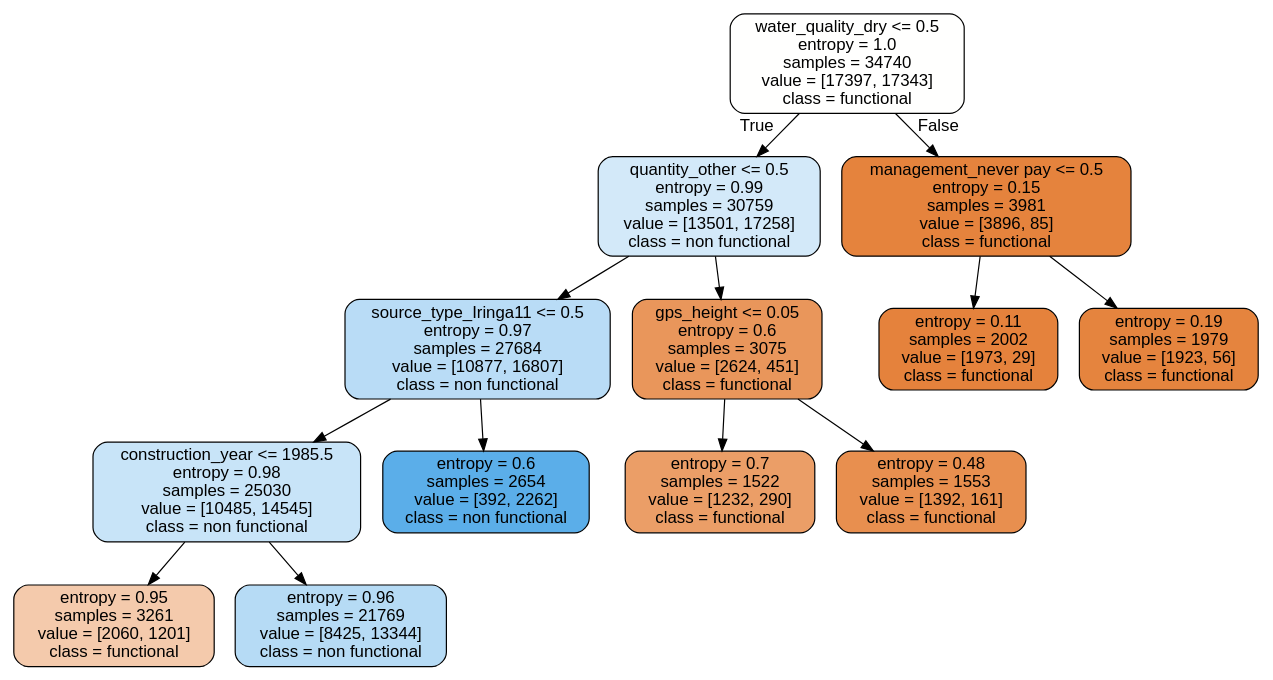
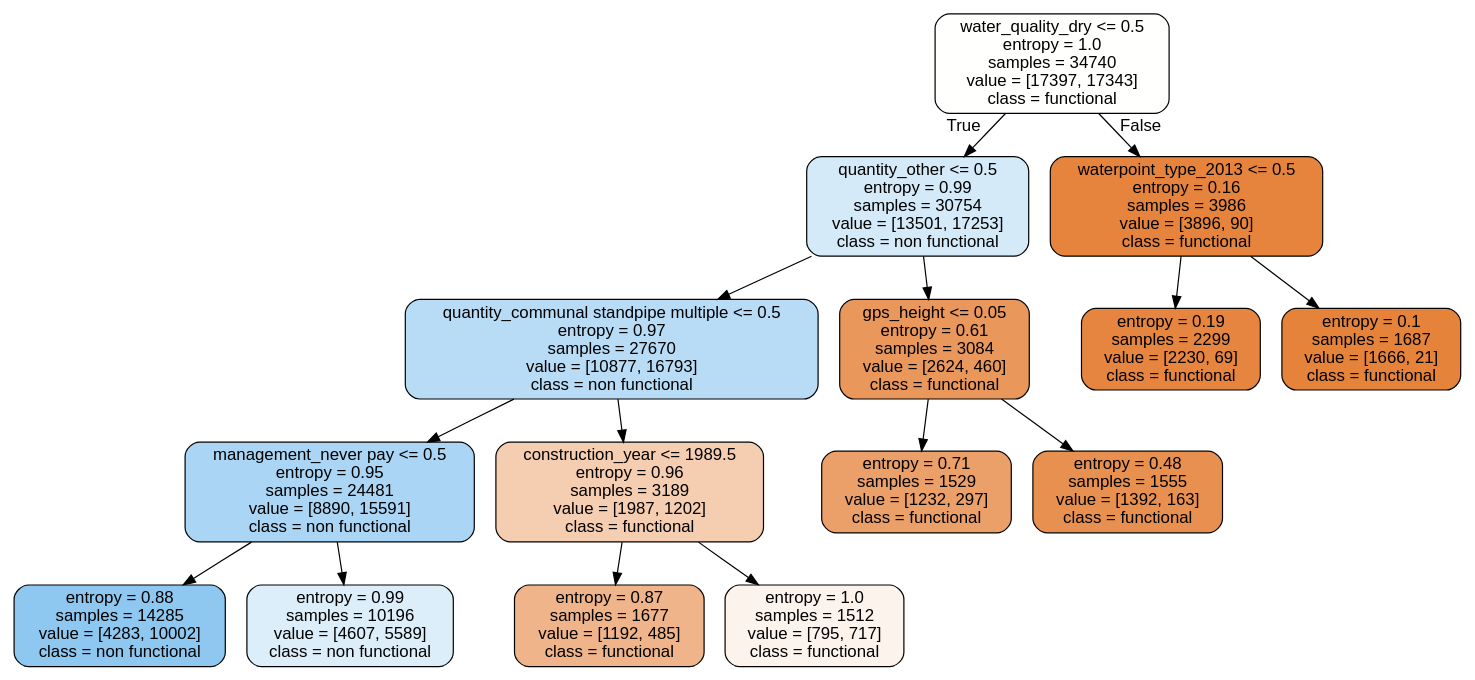
The diagram in tree.dot (Silkways/Tanzania-Water-Project), drawn with Graphviz before and after one commit. The commit also changed 56 other files, not shown here.

```diff
--- a/tree.dot
+++ b/tree.dot
@@ -1,29 +1,33 @@
 digraph Tree {
 node [shape=box, style="filled, rounded", color="black", fontname=helvetica] ;
 edge [fontname=helvetica] ;
-0 [label="water_quality_dry <= 0.5\nentropy = 1.0\nsamples = 34740\nvalue = [17397, 17343]\nclass = functional", fillcolor="#e5813901"] ;
-1 [label="quantity_other <= 0.5\nentropy = 0.99\nsamples = 30759\nvalue = [13501, 17258]\nclass = non functional", fillcolor="#399de538"] ;
+0 [label="water_quality_dry <= 0.5\nentropy = 1.0\nsamples = 34740\nvalue = [17397, 17343]\nclass = functional", fillcolor="#fffffe"] ;
+1 [label="quantity_other <= 0.5\nentropy = 0.99\nsamples = 30754\nvalue = [13501, 17253]\nclass = non functional", fillcolor="#d4eaf9"] ;
 0 -> 1 [labeldistance=2.5, labelangle=45, headlabel="True"] ;
-2 [label="source_type_Iringa11 <= 0.5\nentropy = 0.97\nsamples = 27684\nvalue = [10877, 16807]\nclass = non functional", fillcolor="#399de55a"] ;
+2 [label="quantity_communal standpipe multiple <= 0.5\nentropy = 0.97\nsamples = 27670\nvalue = [10877, 16793]\nclass = non functional", fillcolor="#b9dcf6"] ;
 1 -> 2 ;
-3 [label="construction_year <= 1985.5\nentropy = 0.98\nsamples = 25030\nvalue = [10485, 14545]\nclass = non functional", fillcolor="#399de547"] ;
+3 [label="management_never pay <= 0.5\nentropy = 0.95\nsamples = 24481\nvalue = [8890, 15591]\nclass = non functional", fillcolor="#aad5f4"] ;
 2 -> 3 ;
-4 [label="entropy = 0.95\nsamples = 3261\nvalue = [2060, 1201]\nclass = functional", fillcolor="#e581396a"] ;
+4 [label="entropy = 0.88\nsamples = 14285\nvalue = [4283, 10002]\nclass = non functional", fillcolor="#8ec7f0"] ;
 3 -> 4 ;
-5 [label="entropy = 0.96\nsamples = 21769\nvalue = [8425, 13344]\nclass = non functional", fillcolor="#399de55e"] ;
+5 [label="entropy = 0.99\nsamples = 10196\nvalue = [4607, 5589]\nclass = non functional", fillcolor="#dceefa"] ;
 3 -> 5 ;
-6 [label="entropy = 0.6\nsamples = 2654\nvalue = [392, 2262]\nclass = non functional", fillcolor="#399de5d3"] ;
+6 [label="construction_year <= 1989.5\nentropy = 0.96\nsamples = 3189\nvalue = [1987, 1202]\nclass = functional", fillcolor="#f5cdb1"] ;
 2 -> 6 ;
-7 [label="gps_height <= 0.05\nentropy = 0.6\nsamples = 3075\nvalue = [2624, 451]\nclass = functional", fillcolor="#e58139d3"] ;
-1 -> 7 ;
-8 [label="entropy = 0.7\nsamples = 1522\nvalue = [1232, 290]\nclass = functional", fillcolor="#e58139c3"] ;
-7 -> 8 ;
-9 [label="entropy = 0.48\nsamples = 1553\nvalue = [1392, 161]\nclass = functional", fillcolor="#e58139e2"] ;
-7 -> 9 ;
-10 [label="management_never pay <= 0.5\nentropy = 0.15\nsamples = 3981\nvalue = [3896, 85]\nclass = functional", fillcolor="#e58139f9"] ;
-0 -> 10 [labeldistance=2.5, labelangle=-45, headlabel="False"] ;
-11 [label="entropy = 0.11\nsamples = 2002\nvalue = [1973, 29]\nclass = functional", fillcolor="#e58139fb"] ;
-10 -> 11 ;
-12 [label="entropy = 0.19\nsamples = 1979\nvalue = [1923, 56]\nclass = functional", fillcolor="#e58139f8"] ;
-10 -> 12 ;
+7 [label="entropy = 0.87\nsamples = 1677\nvalue = [1192, 485]\nclass = functional", fillcolor="#f0b48a"] ;
+6 -> 7 ;
+8 [label="entropy = 1.0\nsamples = 1512\nvalue = [795, 717]\nclass = functional", fillcolor="#fcf3ec"] ;
+6 -> 8 ;
+9 [label="gps_height <= 0.05\nentropy = 0.61\nsamples = 3084\nvalue = [2624, 460]\nclass = functional", fillcolor="#ea975c"] ;
+1 -> 9 ;
+10 [label="entropy = 0.71\nsamples = 1529\nvalue = [1232, 297]\nclass = functional", fillcolor="#eb9f69"] ;
+9 -> 10 ;
+11 [label="entropy = 0.48\nsamples = 1555\nvalue = [1392, 163]\nclass = functional", fillcolor="#e89050"] ;
+9 -> 11 ;
+12 [label="waterpoint_type_2013 <= 0.5\nentropy = 0.16\nsamples = 3986\nvalue = [3896, 90]\nclass = functional", fillcolor="#e6843e"] ;
+0 -> 12 [labeldistance=2.5, labelangle=-45, headlabel="False"] ;
+13 [label="entropy = 0.19\nsamples = 2299\nvalue = [2230, 69]\nclass = functional", fillcolor="#e6853f"] ;
+12 -> 13 ;
+14 [label="entropy = 0.1\nsamples = 1687\nvalue = [1666, 21]\nclass = functional", fillcolor="#e5833b"] ;
+12 -> 14 ;
 }
```
